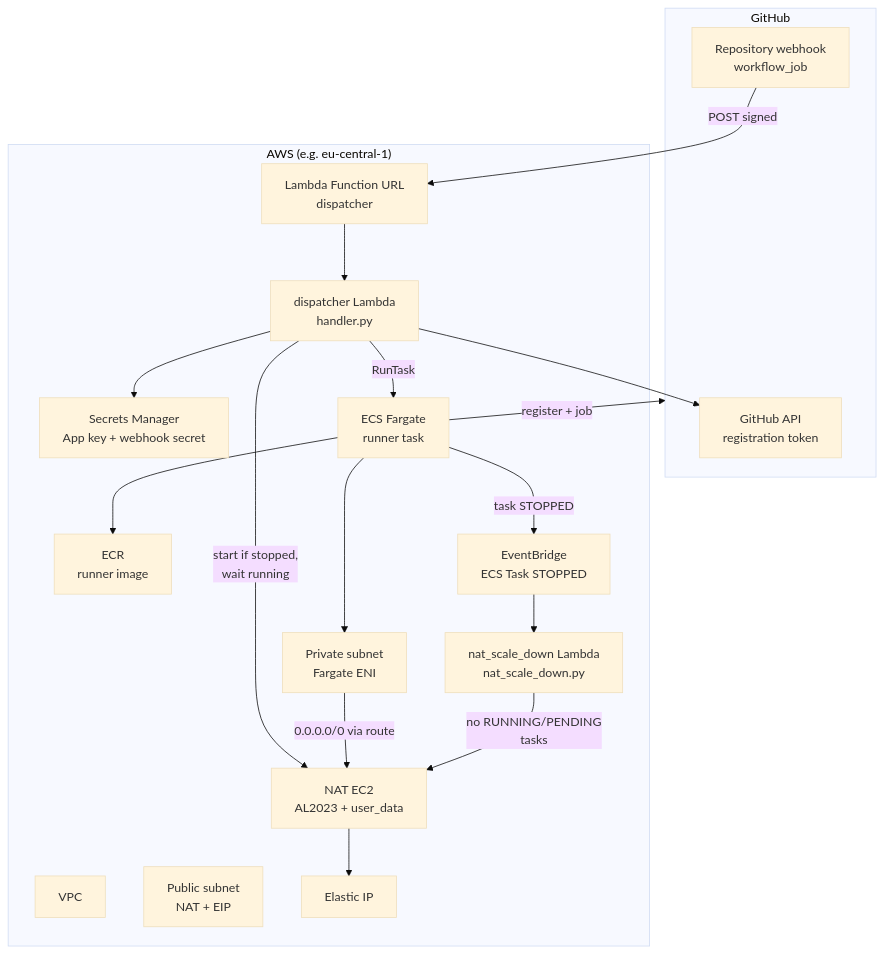
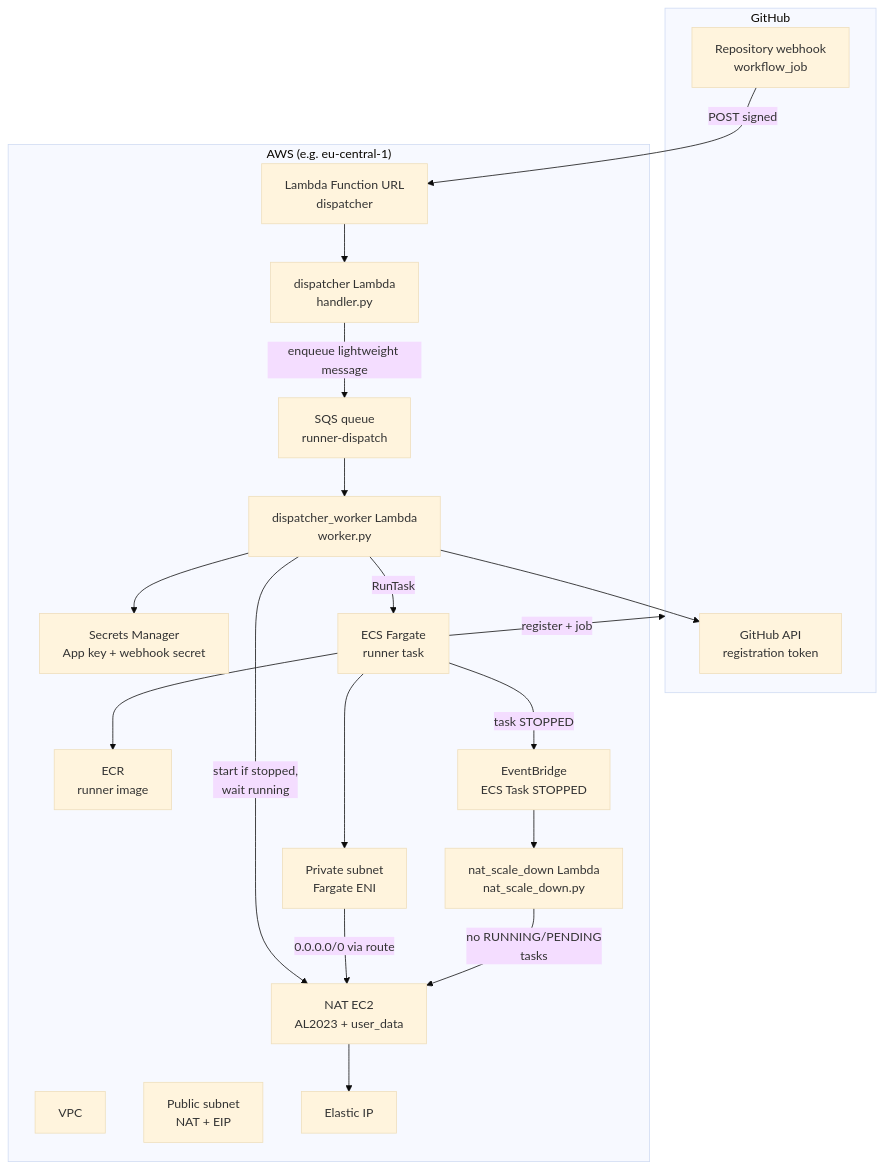
One commit to dmitroderkach/youtube-pip changed the diagram in docs/SELF_HOSTED_RUNNERS.md. Above: the diagram before and after it, drawn with Mermaid (base theme). The commit also changed other lines of this file and 3 other files, not shown here.

````diff
--- a/docs/SELF_HOSTED_RUNNERS.md
+++ b/docs/SELF_HOSTED_RUNNERS.md
@@ -18,35 +18,38 @@
 ```mermaid
 flowchart TB
   subgraph GitHub
     WH[Repository webhook\nworkflow_job]
     API[GitHub API\nregistration token]
   end
 
   subgraph AWS["AWS (e.g. eu-central-1)"]
     URL[Lambda Function URL\ndispatcher]
     L1[dispatcher Lambda\nhandler.py]
+    Q[SQS queue\nrunner-dispatch]
+    W[dispatcher_worker Lambda\nworker.py]
     SM[Secrets Manager\nApp key + webhook secret]
     ECS[ECS Fargate\nrunner task]
     ECR[ECR\nrunner image]
     VPC[VPC]
     PUB[Public subnet\nNAT + EIP]
     PRV[Private subnet\nFargate ENI]
     NAT[NAT EC2\nAL2023 + user_data]
     EIP[Elastic IP]
     EB[EventBridge\nECS Task STOPPED]
     L2[nat_scale_down Lambda\nnat_scale_down.py]
   end
 
   WH -->|POST signed| URL --> L1
-  L1 --> SM
-  L1 --> API
-  L1 -->|start if stopped,\nwait running| NAT
-  L1 -->|RunTask| ECS
+  L1 -->|enqueue lightweight message| Q --> W
+  W --> SM
+  W --> API
+  W -->|start if stopped,\nwait running| NAT
+  W -->|RunTask| ECS
   ECS --> PRV
   PRV -->|0.0.0.0/0 via route| NAT
   NAT --> EIP
   ECS --> ECR
   ECS -->|register + job| GitHub
   ECS -->|task STOPPED| EB --> L2
   L2 -->|no RUNNING/PENDING\ntasks| NAT
 ```
````
